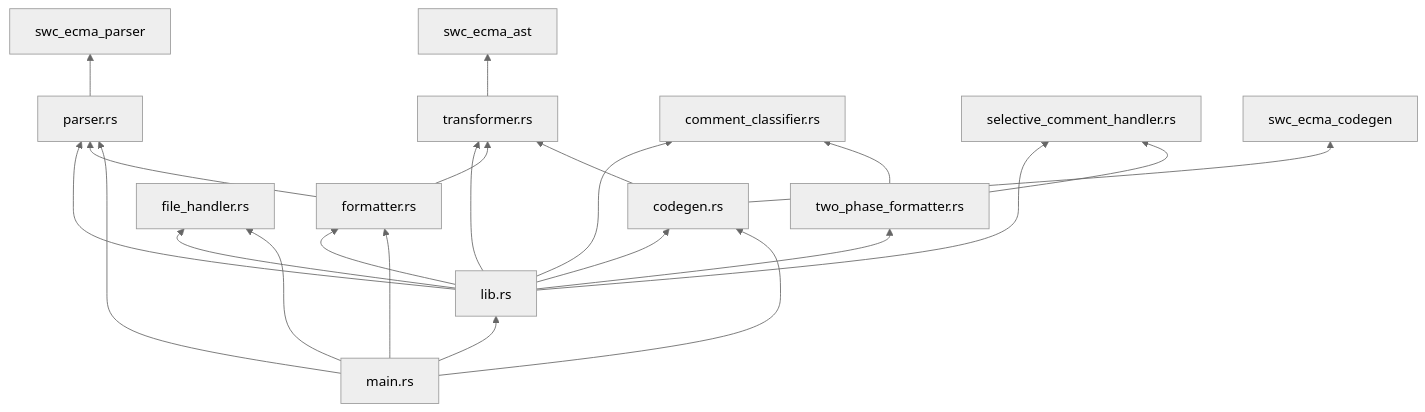
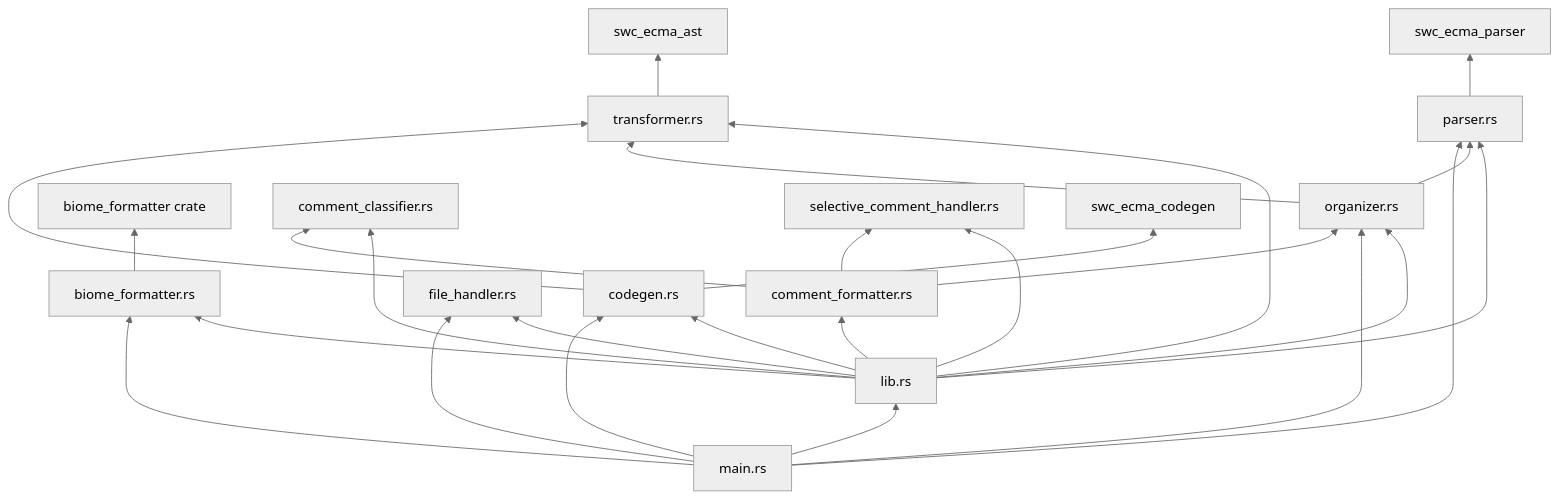
Before and after one commit to skeswa/krokfmt: the third of 19 diagrams in docs/design.md, drawn with Mermaid (neutral theme). The commit also changed other lines of this file and 14 other files, not shown here.

````diff
--- a/docs/design.md
+++ b/docs/design.md
@@ -129,26 +139,30 @@
 ```mermaid
 graph BT
     main[main.rs] --> lib[lib.rs]
     lib --> parser[parser.rs]
     lib --> transformer[transformer.rs]
-    lib --> formatter[formatter.rs]
+    lib --> organizer[organizer.rs]
     lib --> codegen[codegen.rs]
+    lib --> biome_formatter[biome_formatter.rs]
     lib --> file_handler[file_handler.rs]
     
-    formatter --> transformer
-    formatter --> parser
+    organizer --> transformer
+    organizer --> parser
     codegen --> transformer
+    biome_formatter --> biome[biome_formatter crate]
     main --> file_handler
     main --> parser
-    main --> formatter
+    main --> organizer
     main --> codegen
+    main --> biome_formatter
     lib --> comment_classifier[comment_classifier.rs]
     lib --> selective_comment_handler[selective_comment_handler.rs]
-    lib --> two_phase_formatter[two_phase_formatter.rs]
+    lib --> comment_formatter[comment_formatter.rs]
     
     parser --> swc[swc_ecma_parser]
     codegen --> swc2[swc_ecma_codegen]
     transformer --> swc3[swc_ecma_ast]
-    two_phase_formatter --> comment_classifier
-    two_phase_formatter --> selective_comment_handler
+    comment_formatter --> comment_classifier
+    comment_formatter --> selective_comment_handler
+    comment_formatter --> organizer
 ```
````
